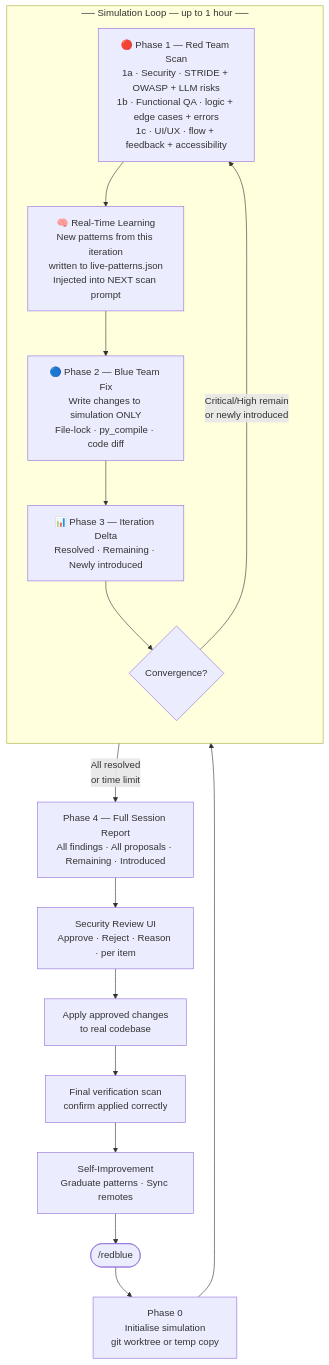
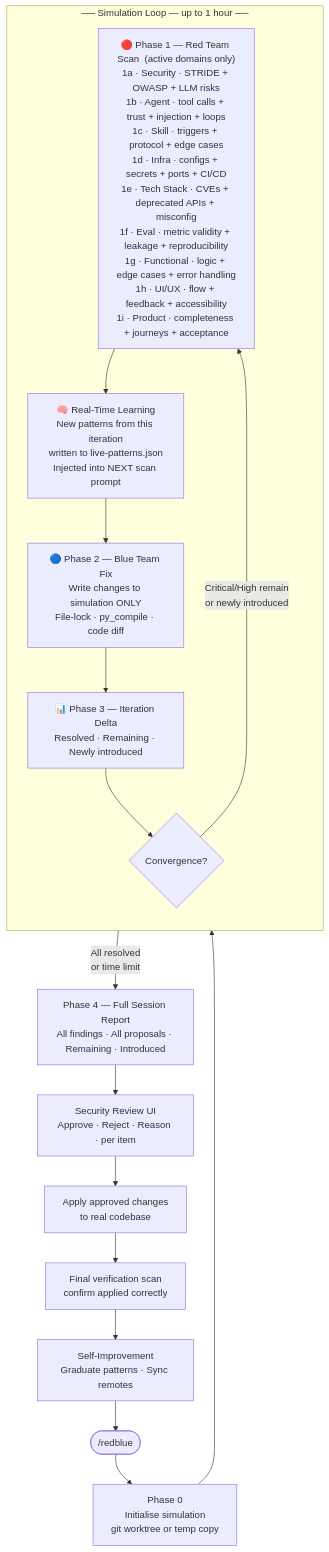
The first of 5 diagrams in README.md (jovenleewj-png/red-blue-team), drawn with Mermaid before and after one commit. The commit also changed other lines of this file and 2 other files, not shown here.

First line of the commit message:
v7.0: expand to nine quality domains

````diff
--- a/README.md
+++ b/README.md
@@ -40,29 +48,29 @@
 ```mermaid
 flowchart TD
     A([/redblue]) --> B[Phase 0\nInitialise simulation\ngit worktree or temp copy]
     B --> RED
 
     subgraph LOOP [" ── Simulation Loop — up to 1 hour ──"]
         direction TB
-        RED["🔴 Phase 1 — Red Team Scan\n1a · Security · STRIDE + OWASP + LLM risks\n1b · Functional QA · logic + edge cases + errors\n1c · UI/UX · flow + feedback + accessibility"]
+        RED["🔴 Phase 1 — Red Team Scan  (active domains only)\n1a · Security · STRIDE + OWASP + LLM risks\n1b · Agent · tool calls + trust + injection + loops\n1c · Skill · triggers + protocol + edge cases\n1d · Infra · configs + secrets + ports + CI/CD\n1e · Tech Stack · CVEs + deprecated APIs + misconfig\n1f · Eval · metric validity + leakage + reproducibility\n1g · Functional · logic + edge cases + error handling\n1h · UI/UX · flow + feedback + accessibility\n1i · Product · completeness + journeys + acceptance"]
         LEARN["🧠 Real-Time Learning\nNew patterns from this iteration\nwritten to live-patterns.json\nInjected into NEXT scan prompt"]
         BLUE["🔵 Phase 2 — Blue Team Fix\nWrite changes to simulation ONLY\nFile-lock · py_compile · code diff"]
         DELTA["📊 Phase 3 — Iteration Delta\nResolved · Remaining · Newly introduced"]
         CHECK{Convergence?}
 
         RED --> LEARN
         LEARN --> BLUE
         BLUE --> DELTA
         DELTA --> CHECK
         CHECK -->|"Critical/High remain\nor newly introduced"| RED
     end
 
     CHECK -->|"All resolved\nor time limit"| RPT
 
     RPT[Phase 4 — Full Session Report\nAll findings · All proposals · Remaining · Introduced]
     RPT --> UI[Security Review UI\nApprove · Reject · Reason · per item]
     UI --> APL[Apply approved changes\nto real codebase]
     APL --> VFY[Final verification scan\nconfirm applied correctly]
     VFY --> EVO[Self-Improvement\nGraduate patterns · Sync remotes]
     EVO --> A
 ```
````
